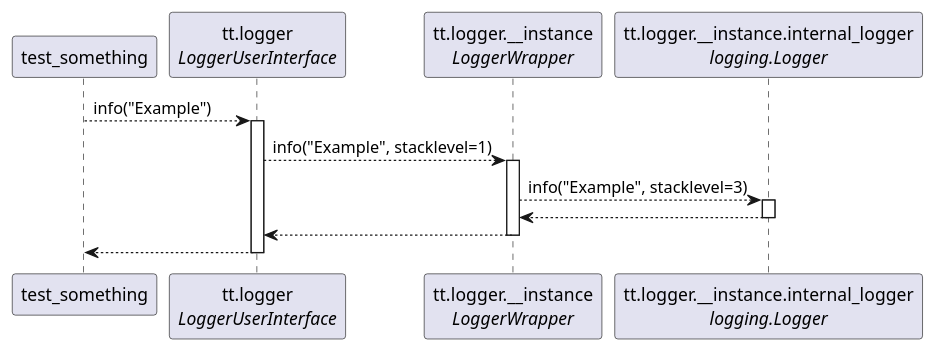
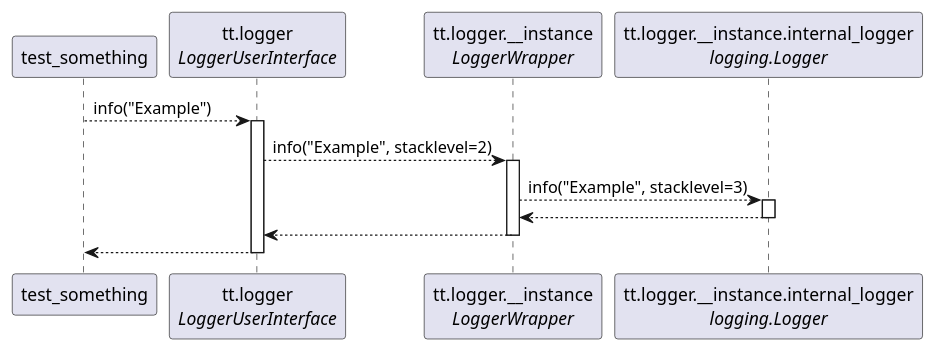
One commit to openhive-network/test-tools changed the second of 2 diagrams in package/test_tools/__private/logger/readme.md. Above: the diagram before and after it, drawn with PlantUML. The commit also changed 2 other files, not shown here.

Commit message:
Fix wrong stacklevel value passed from handle base to wrapper (1->2)

````diff
--- a/package/test_tools/__private/logger/readme.md
+++ b/package/test_tools/__private/logger/readme.md
@@ -34,21 +34,21 @@
 ```plantuml
 @startuml
     participant test_something as test
     participant "tt.logger\n<i>LoggerUserInterface</i>" as handler
     participant "tt.logger.__instance\n<i>LoggerWrapper</i>" as wrapper
     participant "tt.logger.__instance.internal_logger\n<i>logging.Logger</i>" as logging
 
     test --> handler: info("Example")
     activate handler
-        handler --> wrapper: info("Example", stacklevel=1)
+        handler --> wrapper: info("Example", stacklevel=2)
         activate wrapper
             wrapper --> logging: info("Example", stacklevel=3)
             activate logging
                 wrapper <-- logging
             deactivate logging
             handler <-- wrapper
         deactivate wrapper
     test <-- handler
     deactivate handler
 @enduml
 ```
````
